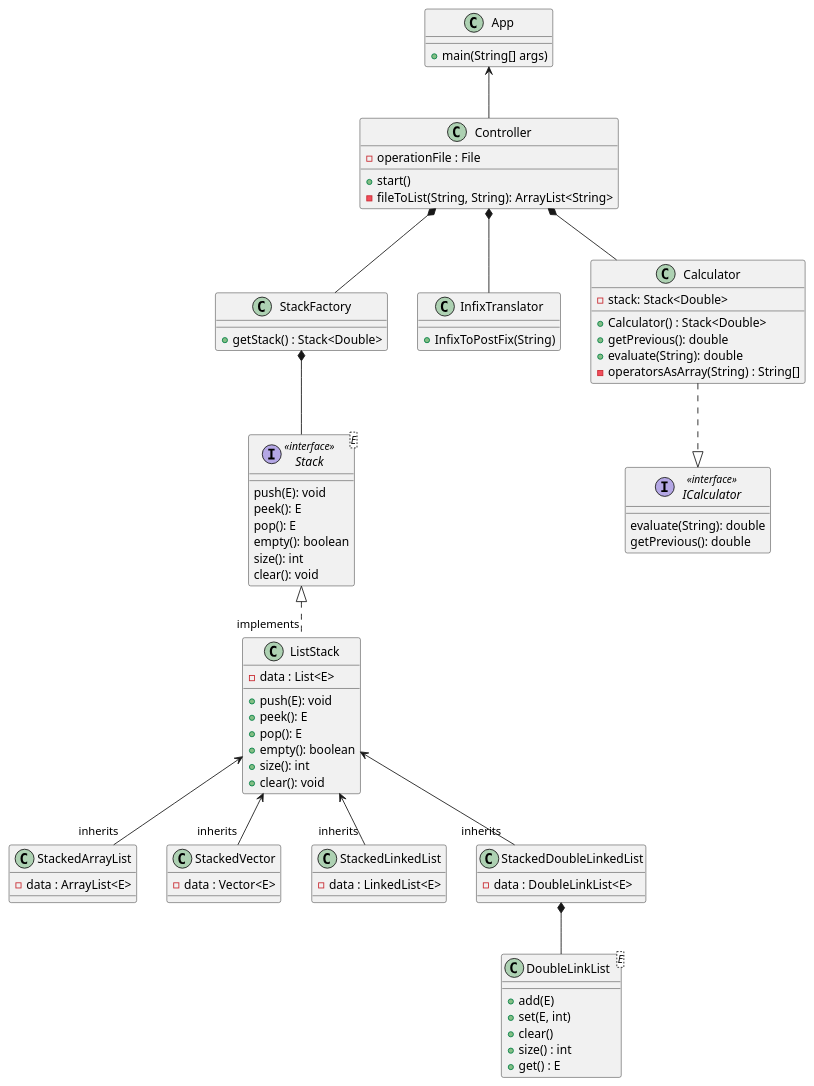
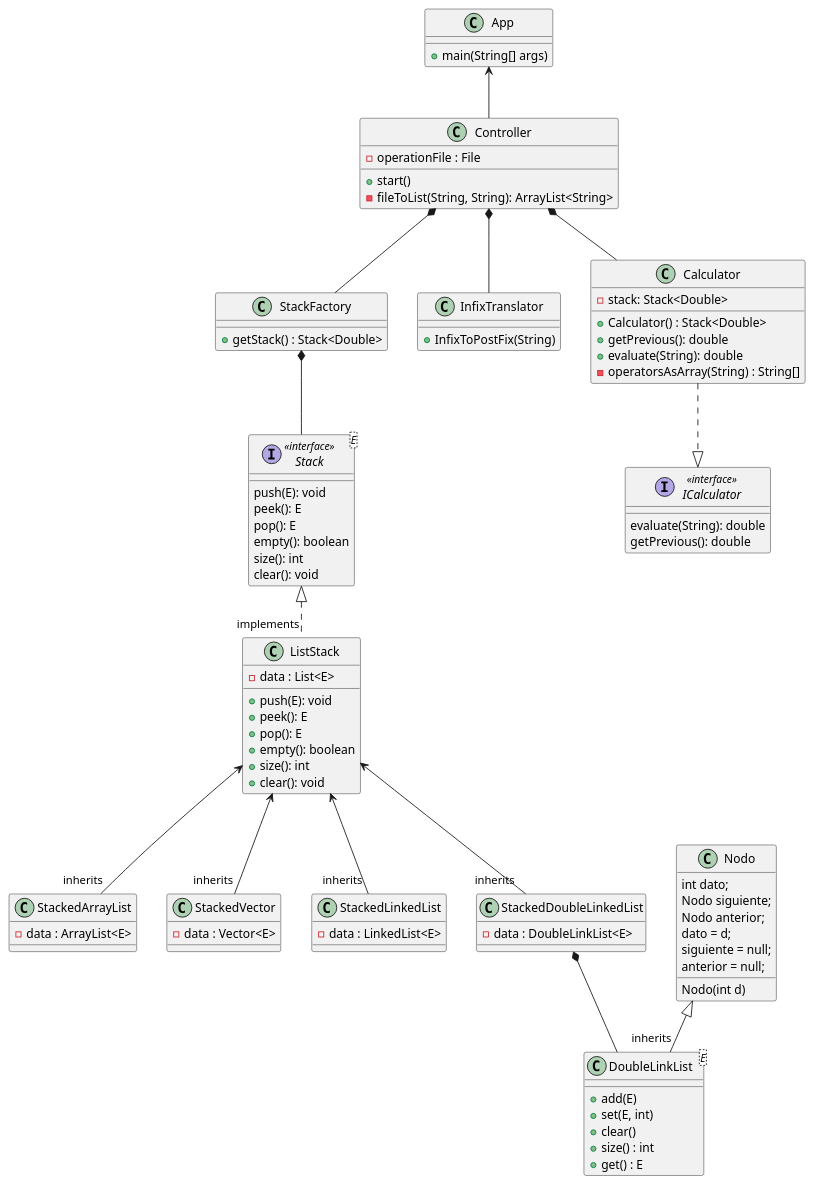
One commit to DanielRasho/HT4-InfixCalculator changed the diagram in classesUML.puml. Above: the diagram before and after it, drawn with PlantUML. The commit also changed 3 other files, not shown here.

Commit message:
coso uml

```diff
--- a/classesUML.puml
+++ b/classesUML.puml
@@ -1,109 +1,118 @@
 @startuml
 
 class App
 class Controller
 class StackFactory
 class InfixTranslator
 
 class Calculator
 interface ICalculator
 
 
 class StackedArrayList
 class StackedVector
 class StackedLinkedList
 class StackedDoubleLinkedList
 class StackedVector
 interface Stack<E> <<interface>>
 abstract class ListStack
 
 class DoubleLinkList
 
 
 App <-- Controller
 Controller *-- StackFactory
 Controller *-- Calculator
 Controller *-- InfixTranslator
 
 Calculator ..|> ICalculator
 
 Stack <|.. "implements" ListStack
 StackFactory *-- Stack
 ListStack <-- "inherits" StackedArrayList
 ListStack <-- "inherits" StackedVector
 ListStack <-- "inherits" StackedLinkedList
 ListStack <-- "inherits" StackedDoubleLinkedList
 
 StackedDoubleLinkedList *-- DoubleLinkList
-
+Nodo <|-- "inherits" DoubleLinkList
 class App {
     + main(String[] args)
 }
 
 class StackFactory {
     + getStack() : Stack<Double>
 }
 
 class InfixTranslator{
     + InfixToPostFix(String)
 }
 
 class Controller {
     - operationFile : File
     + start()
     - fileToList(String, String): ArrayList<String>
 }
 
 class Calculator{
     - stack: Stack<Double>
     + Calculator() : Stack<Double>
     + getPrevious(): double
     + evaluate(String): double
     - operatorsAsArray(String) : String[]
 }
 
 interface ICalculator <<interface>>{
     evaluate(String): double
     getPrevious(): double
 }
 
 interface Stack {
     push(E): void
     peek(): E
     pop(): E
     empty(): boolean
     size(): int
     clear(): void
 }
 
 class ListStack{
     - data : List<E>
     + push(E): void
     + peek(): E
     + pop(): E
     + empty(): boolean
     + size(): int
     + clear(): void
 }
 
 class StackedArrayList{
     - data : ArrayList<E>
 }
 class StackedVector{
     - data : Vector<E>
 }
 class StackedLinkedList{
     - data : LinkedList<E>
 }
 class StackedDoubleLinkedList{
     - data : DoubleLinkList<E>
 }
 class DoubleLinkList <E>{
     + add(E)
     + set(E, int)
     + clear()
     + size() : int
     + get() : E
 }
+class Nodo{
+    int dato;
+    Nodo siguiente;
+    Nodo anterior;
+    Nodo(int d)
+        dato = d;
+        siguiente = null;
+        anterior = null;
+}
 
 @enduml
```
